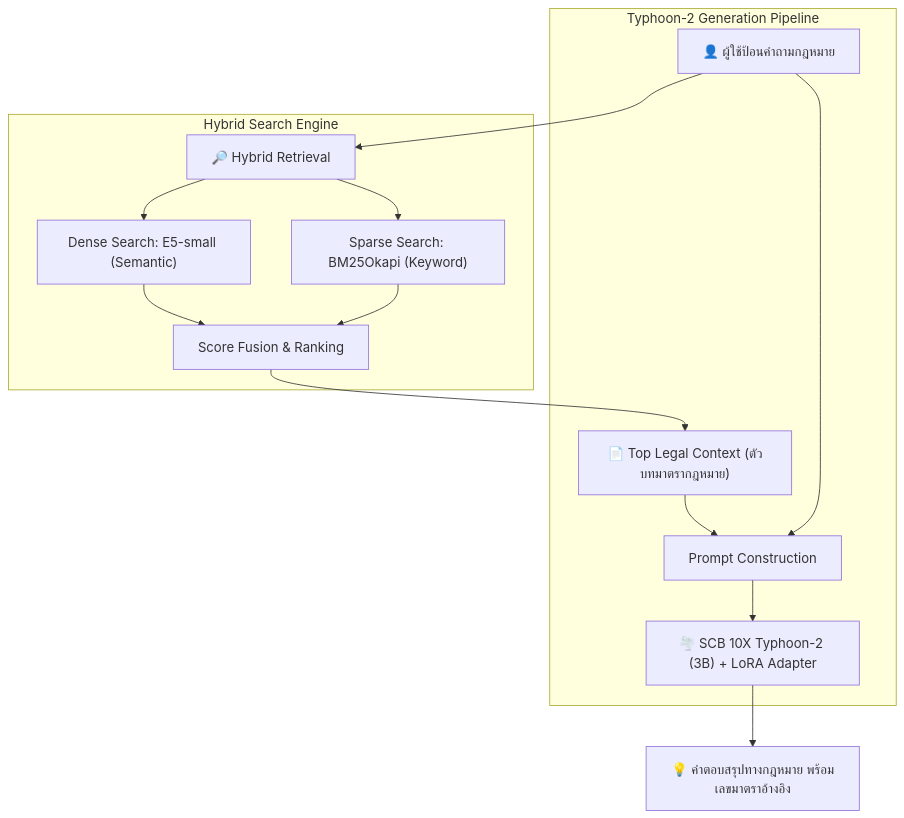
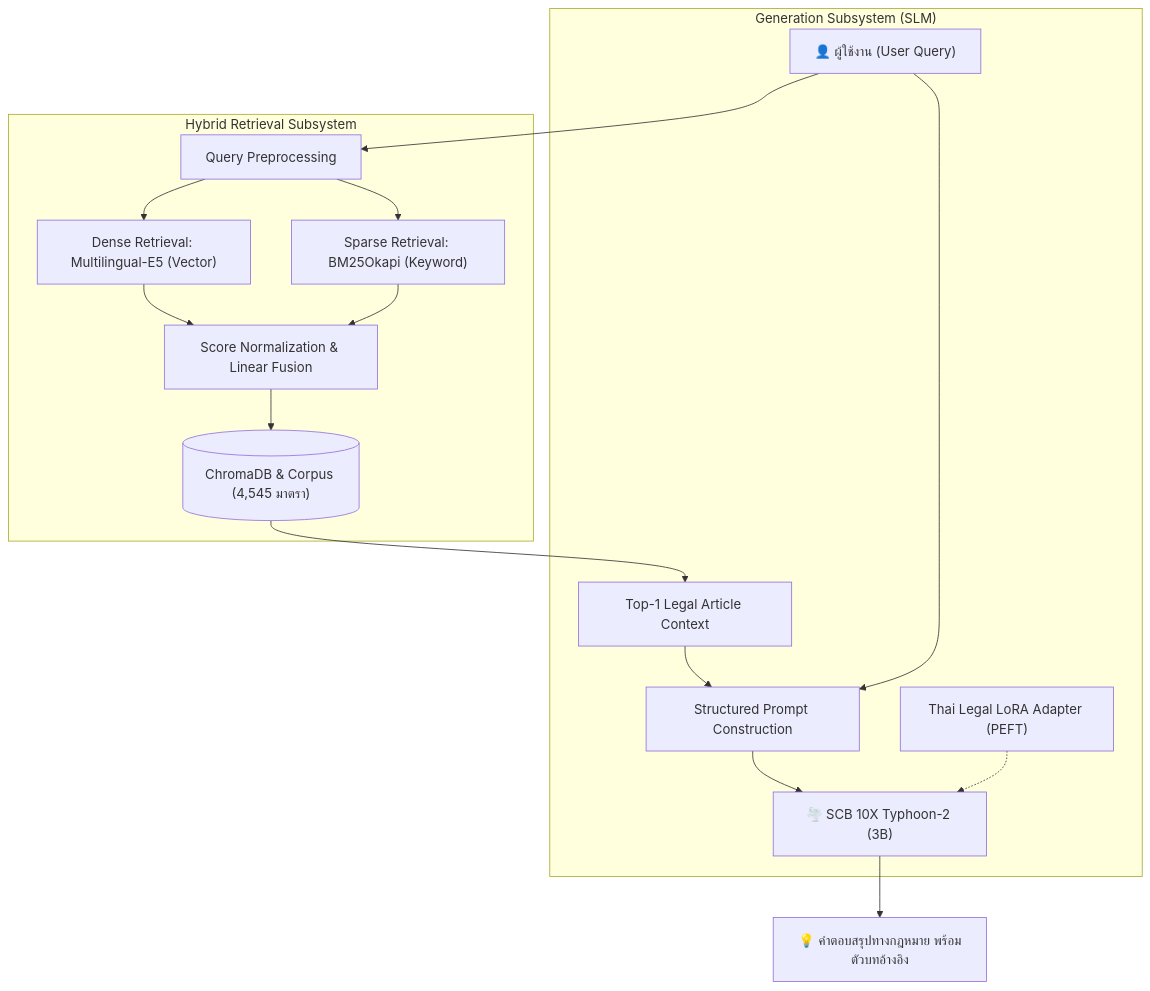
One commit to PlamGG/thai-legal-rag changed the diagram in README.md. Above: the diagram before and after it, drawn with Mermaid. The commit also changed other lines of this file, not shown here.

````diff
--- a/README.md
+++ b/README.md
@@ -32,21 +77,23 @@
 ```mermaid
 flowchart TD
-    A["👤 ผู้ใช้ป้อนคำถามกฎหมาย"] --> B["🔎 Hybrid Retrieval"]
+    User["👤 ผู้ใช้งาน (User Query)"] --> QueryEngine["Query Preprocessing"]
     
-    subgraph Retrieval ["Hybrid Search Engine"]
-        B --> C["Dense Search: E5-small (Semantic)"]
-        B --> D["Sparse Search: BM25Okapi (Keyword)"]
-        C --> E["Score Fusion & Ranking"]
-        D --> E
+    subgraph Retrieval ["Hybrid Retrieval Subsystem"]
+        QueryEngine --> Dense["Dense Retrieval: Multilingual-E5 (Vector)"]
+        QueryEngine --> Sparse["Sparse Retrieval: BM25Okapi (Keyword)"]
+        Dense --> Fusion["Score Normalization & Linear Fusion"]
+        Sparse --> Fusion
+        Fusion --> DB[("ChromaDB & Corpus (4,545 มาตรา)")]
     end
     
-    E --> F["📄 Top Legal Context (ตัวบทมาตรากฎหมาย)"]
+    DB --> TopContext["Top-1 Legal Article Context"]
     
-    subgraph Generation ["Typhoon-2 Generation Pipeline"]
-        F --> G["Prompt Construction"]
-        A --> G
-        G --> H["🌪️ SCB 10X Typhoon-2 (3B) + LoRA Adapter"]
+    subgraph Generation ["Generation Subsystem (SLM)"]
+        TopContext --> PromptBuilder["Structured Prompt Construction"]
+        User --> PromptBuilder
+        PromptBuilder --> Typhoon["🌪️ SCB 10X Typhoon-2 (3B)"]
+        LoRA["Thai Legal LoRA Adapter (PEFT)"] -.-> Typhoon
     end
     
-    H --> I["💡 คำตอบสรุปทางกฎหมาย พร้อมเลขมาตราอ้างอิง"]
+    Typhoon --> Output["💡 คำตอบสรุปทางกฎหมาย พร้อมตัวบทอ้างอิง"]
 ```
````
